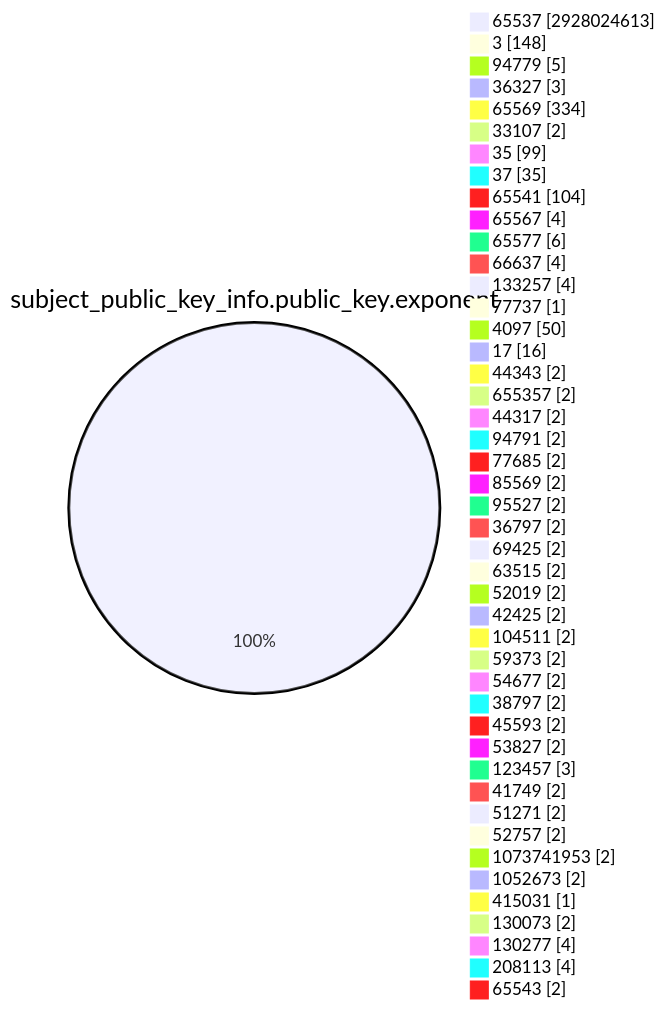
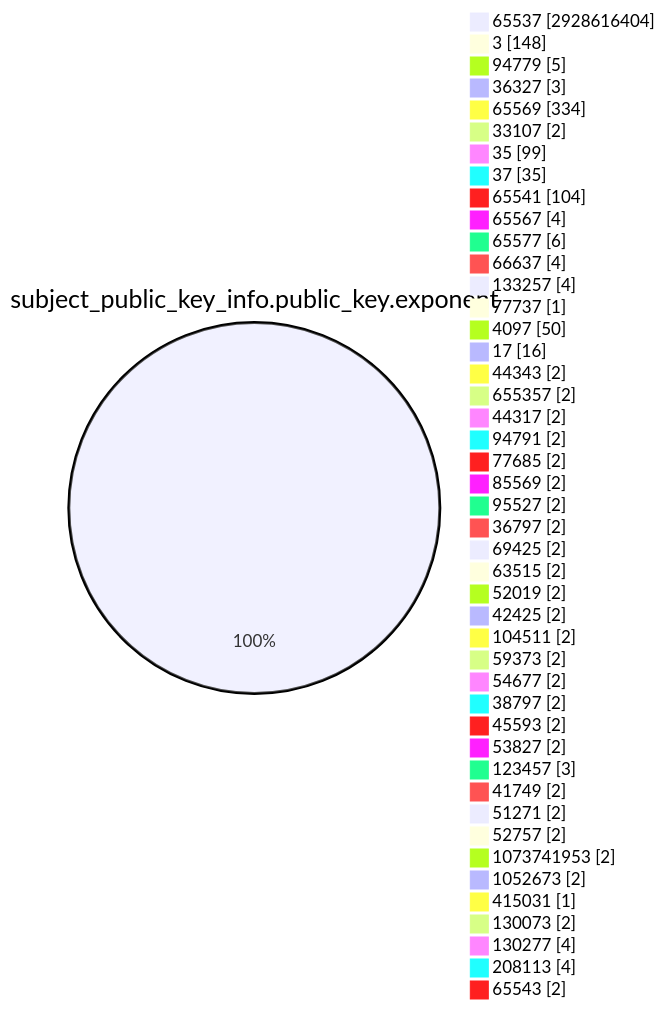
The fourth of 15 diagrams in TOTAL/README.md (christiankrug/ctmonitor_visualization), drawn with Mermaid before and after one commit. The commit also changed other lines of this file, not shown here.

````diff
--- a/TOTAL/README.md
+++ b/TOTAL/README.md
@@ -1469,49 +1469,49 @@
 ```mermaid
 pie showData
 title subject_public_key_info.public_key.exponent
-"65537" :2928024613
+"65537" :2928616404
 "3" :148
 "94779" :5
 "36327" :3
 "65569" :334
 "33107" :2
 "35" :99
 "37" :35
 "65541" :104
 "65567" :4
 "65577" :6
 "66637" :4
 "133257" :4
 "77737" :1
 "4097" :50
 "17" :16
 "44343" :2
 "655357" :2
 "44317" :2
 "94791" :2
 "77685" :2
 "85569" :2
 "95527" :2
 "36797" :2
 "69425" :2
 "63515" :2
 "52019" :2
 "42425" :2
 "104511" :2
 "59373" :2
 "54677" :2
 "38797" :2
 "45593" :2
 "53827" :2
 "123457" :3
 "41749" :2
 "51271" :2
 "52757" :2
 "1073741953" :2
 "1052673" :2
 "415031" :1
 "130073" :2
 "130277" :4
 "208113" :4
 "65543" :2
 ```
````
